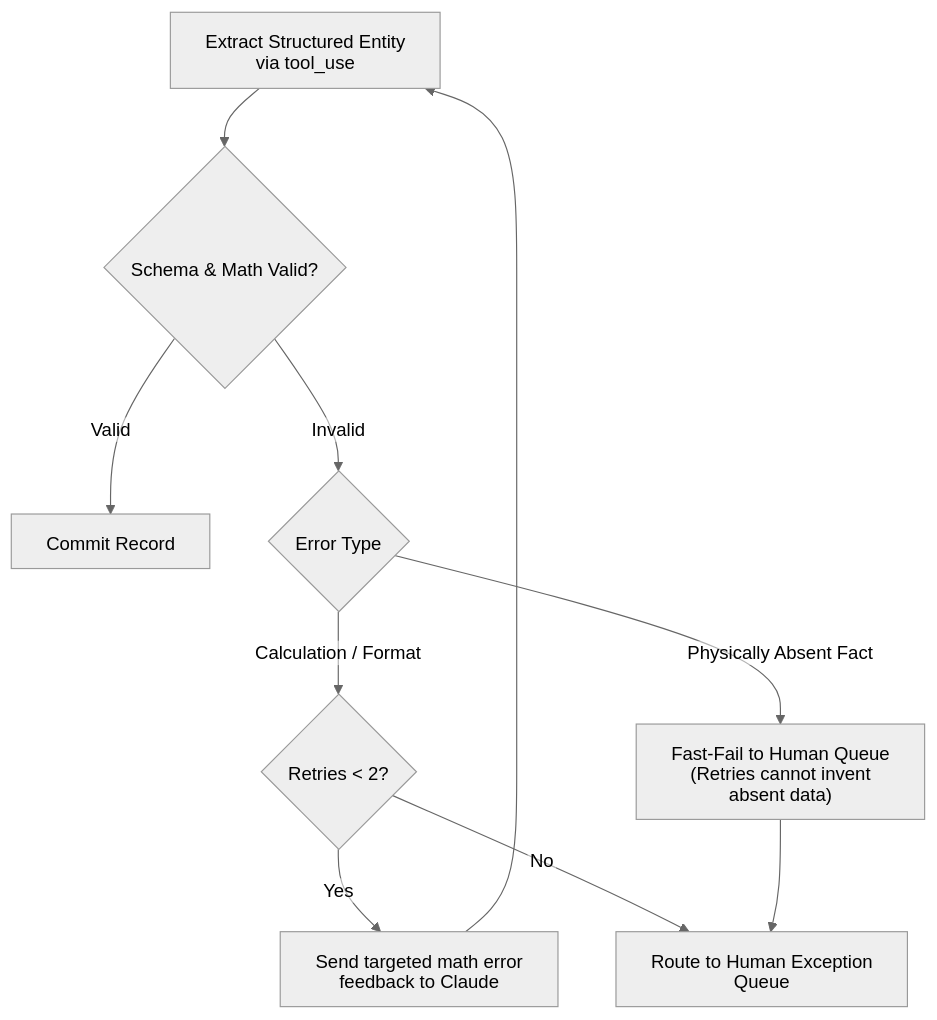
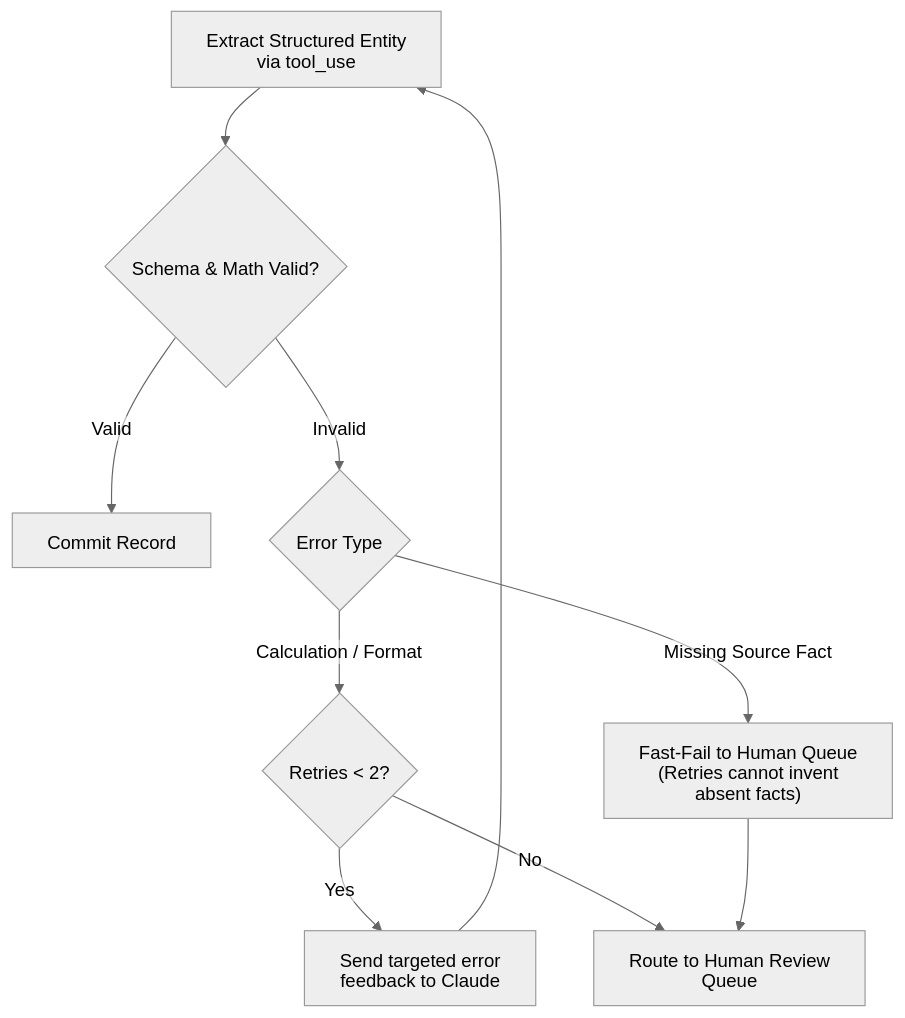
One commit to dip4k/claude_cert_architect_foundation_prep changed the sixth of 8 diagrams in EXAM_REFRESHER.md. Above: the diagram before and after it, drawn with Mermaid (neutral theme). The commit also changed other lines of this file and 50 other files, not shown here.

````diff
--- a/EXAM_REFRESHER.md
+++ b/EXAM_REFRESHER.md
@@ -227,16 +356,16 @@
 ```mermaid
 ---
 config:
   htmlLabels: false
 ---
 flowchart TD
     Extr["Extract Structured Entity<br>via tool_use"] --> Val{"Schema & Math Valid?"}
     Val -->|"Valid"| Success["Commit Record"]
     Val -->|"Invalid"| ErrorType{"Error Type"}
     ErrorType -->|"Calculation / Format"| CanRetry{"Retries &lt; 2?"}
-    CanRetry -->|"Yes"| Feedback["Send targeted math error<br>feedback to Claude"]
+    CanRetry -->|"Yes"| Feedback["Send targeted error<br>feedback to Claude"]
     Feedback --> Extr
-    CanRetry -->|"No"| HumanQueue["Route to Human Exception Queue"]
-    ErrorType -->|"Physically Absent Fact"| FastFail["Fast-Fail to Human Queue<br>(Retries cannot invent absent data)"]
+    CanRetry -->|"No"| HumanQueue["Route to Human Review Queue"]
+    ErrorType -->|"Missing Source Fact"| FastFail["Fast-Fail to Human Queue<br>(Retries cannot invent absent facts)"]
     FastFail --> HumanQueue
 ```
````
